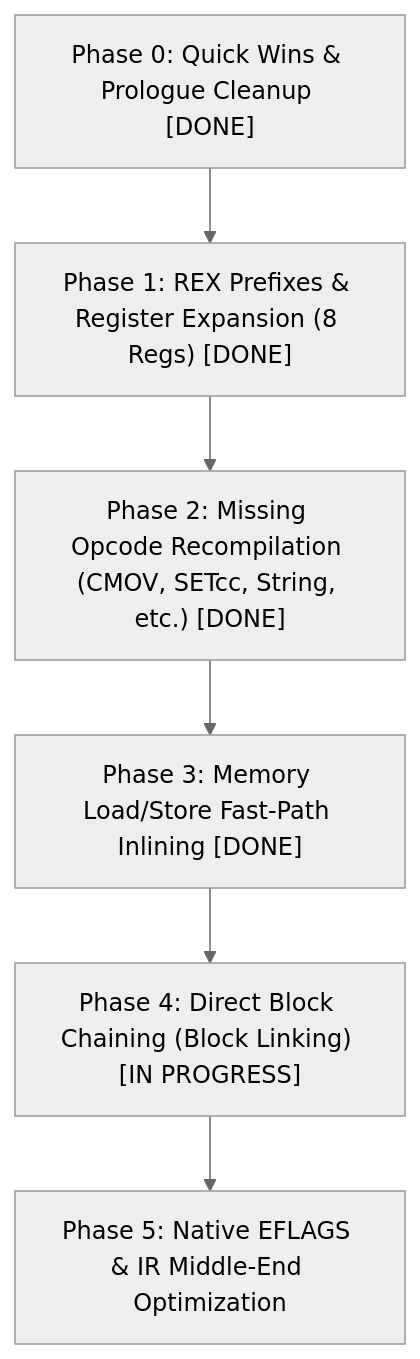
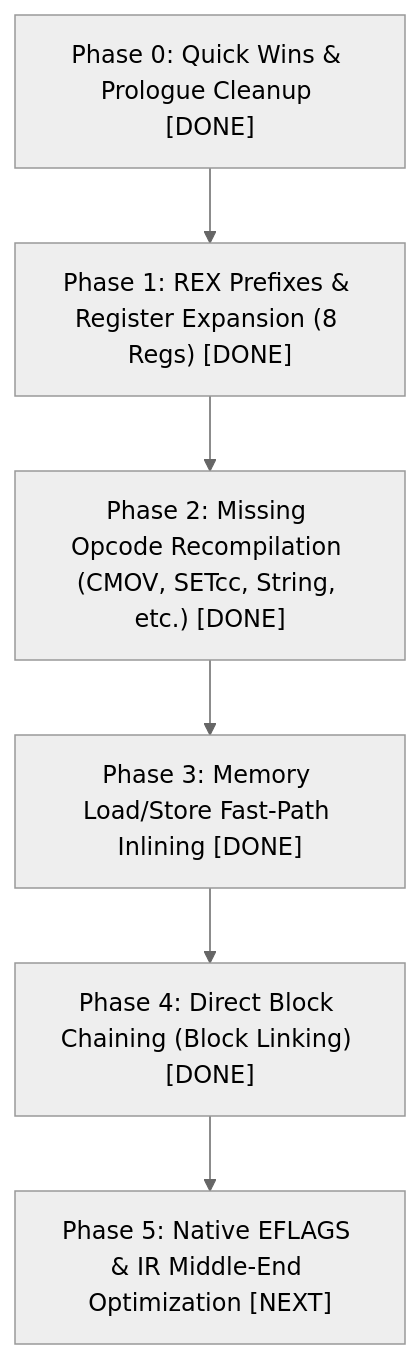
One commit to marmarama/86Box changed the first of 2 diagrams in src/codegen_new/ROADMAP.md. Above: the diagram before and after it, drawn with Mermaid (neutral theme). The commit also changed other lines of this file and 10 other files, not shown here.

````diff
--- a/src/codegen_new/ROADMAP.md
+++ b/src/codegen_new/ROADMAP.md
@@ -5,8 +5,8 @@
 ```mermaid
 graph TD
     P0["Phase 0: Quick Wins & Prologue Cleanup [DONE]"] --> P1["Phase 1: REX Prefixes & Register Expansion (8 Regs) [DONE]"]
     P1 --> P2["Phase 2: Missing Opcode Recompilation (CMOV, SETcc, String, etc.) [DONE]"]
     P2 --> P3["Phase 3: Memory Load/Store Fast-Path Inlining [DONE]"]
-    P3 --> P4["Phase 4: Direct Block Chaining (Block Linking) [IN PROGRESS]"]
-    P4 --> P5["Phase 5: Native EFLAGS & IR Middle-End Optimization"]
+    P3 --> P4["Phase 4: Direct Block Chaining (Block Linking) [DONE]"]
+    P4 --> P5["Phase 5: Native EFLAGS & IR Middle-End Optimization [NEXT]"]
 ```
````
